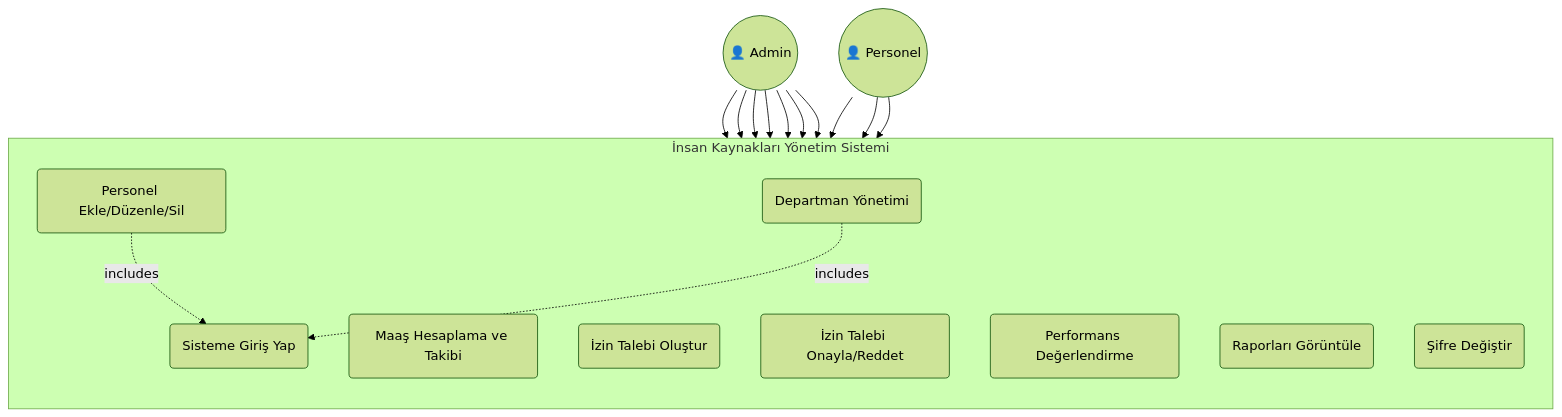
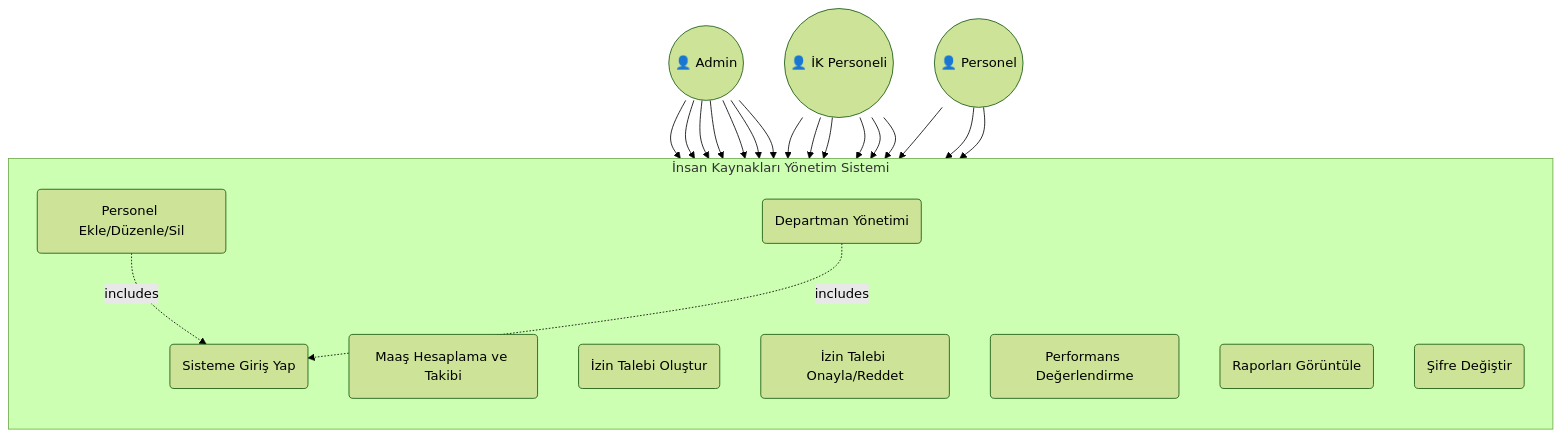
One commit to eliffkrmn/-nsanKaynaklar-Projesi changed the diagram in USE_CASE.md. Above: the diagram before and after it, drawn with Mermaid (forest theme).

````diff
--- a/USE_CASE.md
+++ b/USE_CASE.md
@@ -5,38 +5,48 @@
 ```mermaid
 graph TD
     %% Actors
     Admin((👤 Admin))
+    IK((👤 İK Personeli))
     Personel((👤 Personel))
 
     %% System Boundary
     subgraph System ["İnsan Kaynakları Yönetim Sistemi"]
         direction TB
         UC1(Sisteme Giriş Yap)
         UC2(Personel Ekle/Düzenle/Sil)
         UC3(Departman Yönetimi)
         UC4(Maaş Hesaplama ve Takibi)
         UC5(İzin Talebi Oluştur)
         UC6(İzin Talebi Onayla/Reddet)
         UC7(Performans Değerlendirme)
         UC8(Raporları Görüntüle)
         UC9(Şifre Değiştir)
     end
 
     %% Relationships
     Admin --> UC1
+    IK --> UC1
     Personel --> UC1
     
+    %% Admin Privileges (System Level)
     Admin --> UC2
     Admin --> UC3
     Admin --> UC4
     Admin --> UC6
     Admin --> UC7
     Admin --> UC8
+    
+    %% IK Personeli Privileges (HR Operations)
+    IK --> UC2
+    IK --> UC4
+    IK --> UC6
+    IK --> UC7
+    IK --> UC8
     
     Personel --> UC5
     Personel --> UC9
     
     %% Includes (represented as dotted lines with labels)
     UC2 -. includes .-> UC1
     UC3 -. includes .-> UC1
 ```
````
